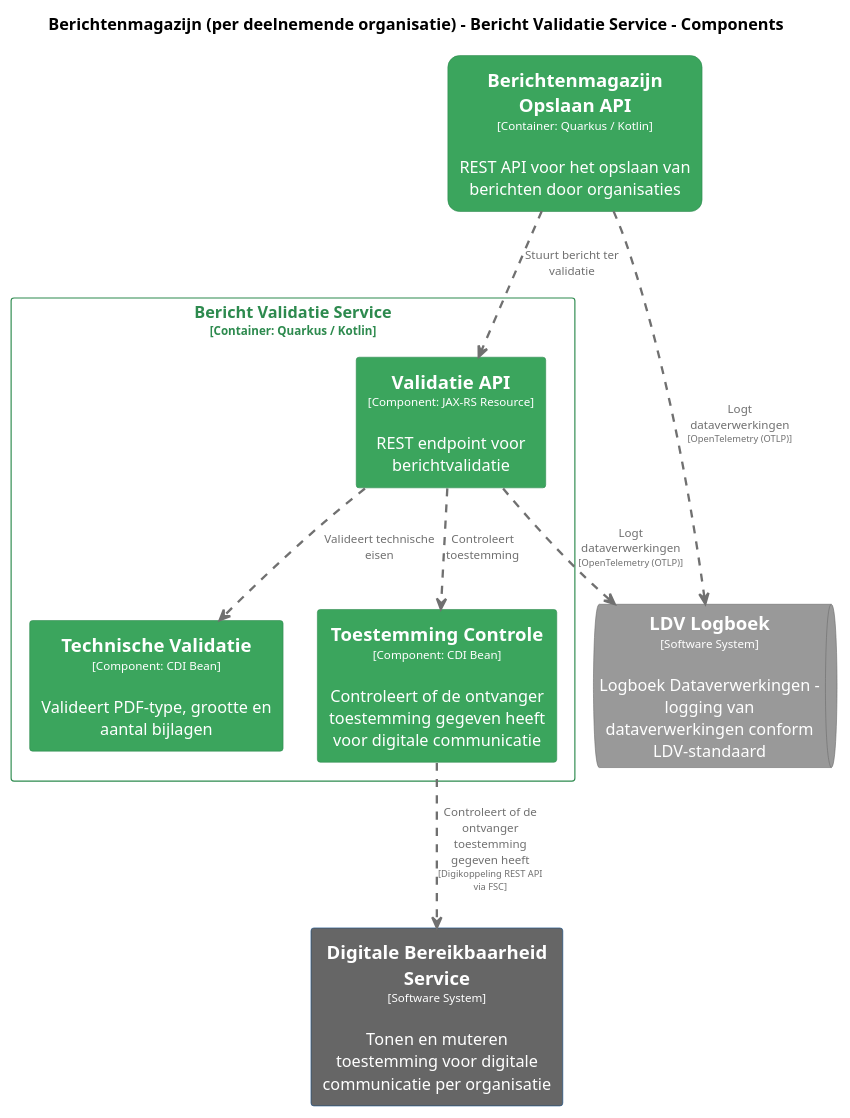
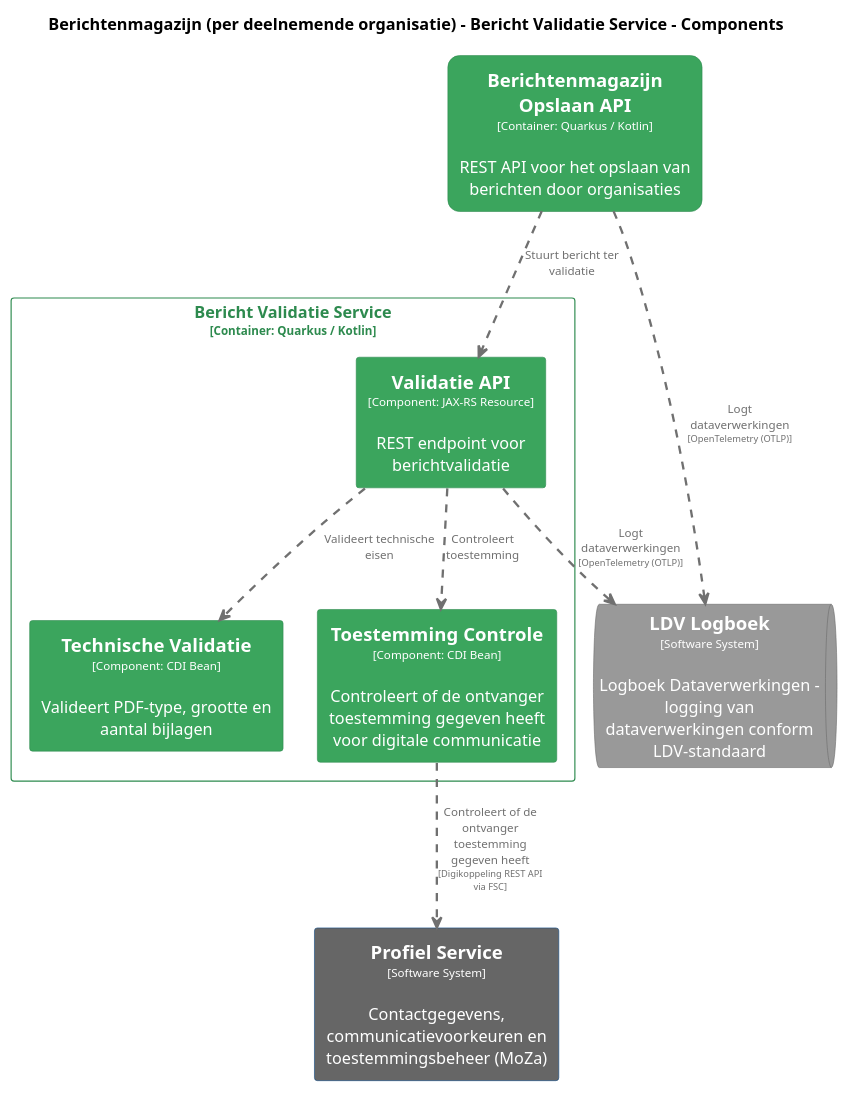
One commit to MinBZK/moza-poc-fbs-berichtenbox changed the diagram in pr-preview/pr-22/master/puml/BerichtValidatieComponenten.puml. Above: the diagram before and after it, drawn with PlantUML. The commit also changed 35 other files, not shown here.

```diff
--- a/pr-preview/pr-22/master/puml/BerichtValidatieComponenten.puml
+++ b/pr-preview/pr-22/master/puml/BerichtValidatieComponenten.puml
@@ -1,77 +1,77 @@
 @startuml
 set separator none
 title Berichtenmagazijn (per deelnemende organisatie) - Bericht Validatie Service - Components
 
 top to bottom direction
 skinparam ranksep 60
 skinparam nodesep 30
 
 skinparam {
   arrowFontSize 10
   defaultTextAlignment center
   wrapWidth 200
   maxMessageSize 100
 }
 
 hide stereotype
 
 skinparam rectangle<<Berichtenmagazijnperdeelnemendeorganisatie.BerichtenmagazijnOpslaanAPI>> {
   BackgroundColor #3ba55d
   FontColor #ffffff
   BorderColor #2d8a4e
   roundCorner 20
   shadowing false
 }
-skinparam rectangle<<DigitaleBereikbaarheidService>> {
-  BackgroundColor #666666
-  FontColor #ffffff
-  BorderColor #0b4884
-  shadowing false
-}
 skinparam queue<<LDVLogboek>> {
   BackgroundColor #999999
   FontColor #ffffff
   BorderColor #6b6b6b
+  shadowing false
+}
+skinparam rectangle<<ProfielService>> {
+  BackgroundColor #666666
+  FontColor #ffffff
+  BorderColor #0b4884
   shadowing false
 }
 skinparam rectangle<<Berichtenmagazijnperdeelnemendeorganisatie.BerichtValidatieService.TechnischeValidatie>> {
   BackgroundColor #3ba55d
   FontColor #ffffff
   BorderColor #2d8a4e
   shadowing false
 }
 skinparam rectangle<<Berichtenmagazijnperdeelnemendeorganisatie.BerichtValidatieService.ToestemmingControle>> {
   BackgroundColor #3ba55d
   FontColor #ffffff
   BorderColor #2d8a4e
   shadowing false
 }
 skinparam rectangle<<Berichtenmagazijnperdeelnemendeorganisatie.BerichtValidatieService.ValidatieAPI>> {
   BackgroundColor #3ba55d
   FontColor #ffffff
   BorderColor #2d8a4e
   shadowing false
 }
 skinparam rectangle<<Berichtenmagazijnperdeelnemendeorganisatie.BerichtValidatieService>> {
   BorderColor #2d8a4e
   FontColor #2d8a4e
   shadowing false
 }
 
-rectangle "==Digitale Bereikbaarheid Service\n<size:10>[Software System]</size>\n\nTonen en muteren toestemming voor digitale communicatie per organisatie" <<DigitaleBereikbaarheidService>> as DigitaleBereikbaarheidService
+rectangle "==Profiel Service\n<size:10>[Software System]</size>\n\nContactgegevens, communicatievoorkeuren en toestemmingsbeheer (MoZa)" <<ProfielService>> as ProfielService
 rectangle "==Berichtenmagazijn Opslaan API\n<size:10>[Container: Quarkus / Kotlin]</size>\n\nREST API voor het opslaan van berichten door organisaties" <<Berichtenmagazijnperdeelnemendeorganisatie.BerichtenmagazijnOpslaanAPI>> as Berichtenmagazijnperdeelnemendeorganisatie.BerichtenmagazijnOpslaanAPI
 queue "==LDV Logboek\n<size:10>[Software System]</size>\n\nLogboek Dataverwerkingen - logging van dataverwerkingen conform LDV-standaard" <<LDVLogboek>> as LDVLogboek
 
 rectangle "Bericht Validatie Service\n<size:10>[Container: Quarkus / Kotlin]</size>" <<Berichtenmagazijnperdeelnemendeorganisatie.BerichtValidatieService>> {
   rectangle "==Validatie API\n<size:10>[Component: JAX-RS Resource]</size>\n\nREST endpoint voor berichtvalidatie" <<Berichtenmagazijnperdeelnemendeorganisatie.BerichtValidatieService.ValidatieAPI>> as Berichtenmagazijnperdeelnemendeorganisatie.BerichtValidatieService.ValidatieAPI
   rectangle "==Technische Validatie\n<size:10>[Component: CDI Bean]</size>\n\nValideert PDF-type, grootte en aantal bijlagen" <<Berichtenmagazijnperdeelnemendeorganisatie.BerichtValidatieService.TechnischeValidatie>> as Berichtenmagazijnperdeelnemendeorganisatie.BerichtValidatieService.TechnischeValidatie
   rectangle "==Toestemming Controle\n<size:10>[Component: CDI Bean]</size>\n\nControleert of de ontvanger toestemming gegeven heeft voor digitale communicatie" <<Berichtenmagazijnperdeelnemendeorganisatie.BerichtValidatieService.ToestemmingControle>> as Berichtenmagazijnperdeelnemendeorganisatie.BerichtValidatieService.ToestemmingControle
 }
 
 Berichtenmagazijnperdeelnemendeorganisatie.BerichtenmagazijnOpslaanAPI .[#707070,thickness=2].> LDVLogboek : "<color:#707070>Logt dataverwerkingen\n<color:#707070><size:8>[OpenTelemetry (OTLP)]</size>"
 Berichtenmagazijnperdeelnemendeorganisatie.BerichtValidatieService.ValidatieAPI .[#707070,thickness=2].> LDVLogboek : "<color:#707070>Logt dataverwerkingen\n<color:#707070><size:8>[OpenTelemetry (OTLP)]</size>"
 Berichtenmagazijnperdeelnemendeorganisatie.BerichtValidatieService.ValidatieAPI .[#707070,thickness=2].> Berichtenmagazijnperdeelnemendeorganisatie.BerichtValidatieService.TechnischeValidatie : "<color:#707070>Valideert technische eisen"
 Berichtenmagazijnperdeelnemendeorganisatie.BerichtValidatieService.ValidatieAPI .[#707070,thickness=2].> Berichtenmagazijnperdeelnemendeorganisatie.BerichtValidatieService.ToestemmingControle : "<color:#707070>Controleert toestemming"
 Berichtenmagazijnperdeelnemendeorganisatie.BerichtenmagazijnOpslaanAPI .[#707070,thickness=2].> Berichtenmagazijnperdeelnemendeorganisatie.BerichtValidatieService.ValidatieAPI : "<color:#707070>Stuurt bericht ter validatie"
-Berichtenmagazijnperdeelnemendeorganisatie.BerichtValidatieService.ToestemmingControle .[#707070,thickness=2].> DigitaleBereikbaarheidService : "<color:#707070>Controleert of de ontvanger toestemming gegeven heeft\n<color:#707070><size:8>[Digikoppeling REST API via FSC]</size>"
+Berichtenmagazijnperdeelnemendeorganisatie.BerichtValidatieService.ToestemmingControle .[#707070,thickness=2].> ProfielService : "<color:#707070>Controleert of de ontvanger toestemming gegeven heeft\n<color:#707070><size:8>[Digikoppeling REST API via FSC]</size>"
 @enduml
```
